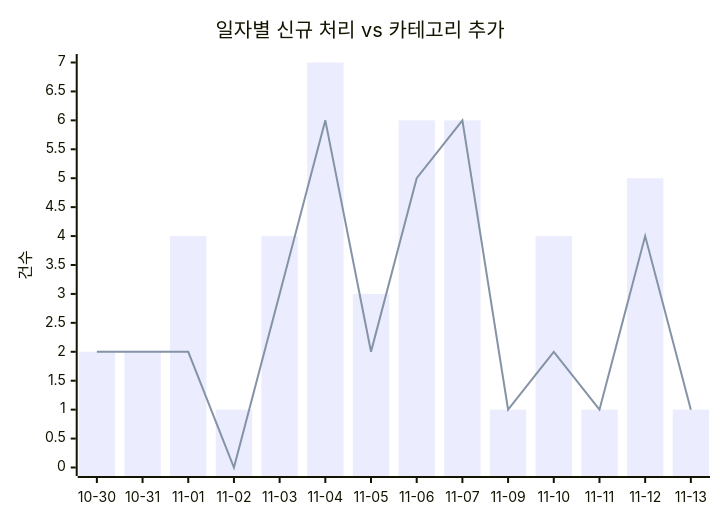
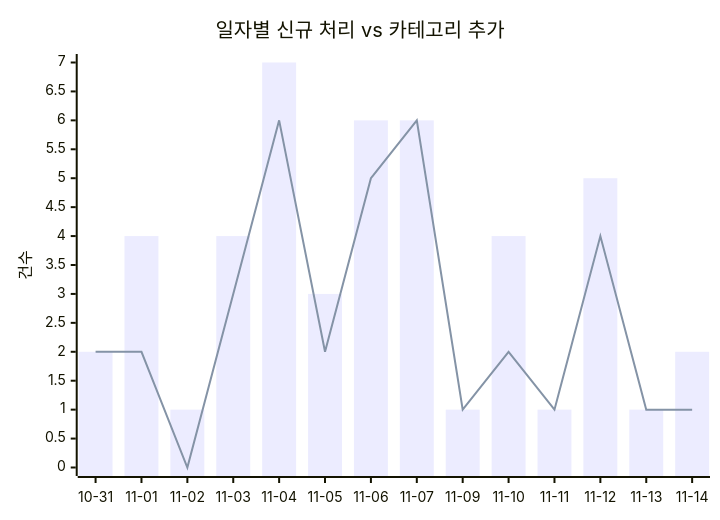
Before and after one commit to J-nowcow/awesome-korean-agent-skills: the first of 2 diagrams in docs/trends.md, drawn with Mermaid. The commit also changed other lines of this file and 27 other files, not shown here.

````diff
--- a/docs/trends.md
+++ b/docs/trends.md
@@ -32,8 +32,8 @@
 ```mermaid
 xychart-beta
     title "일자별 신규 처리 vs 카테고리 추가"
-    x-axis ["10-30","10-31","11-01","11-02","11-03","11-04","11-05","11-06","11-07","11-09","11-10","11-11","11-12","11-13"]
+    x-axis ["10-31","11-01","11-02","11-03","11-04","11-05","11-06","11-07","11-09","11-10","11-11","11-12","11-13","11-14"]
     y-axis "건수"
-    bar [2,2,4,1,4,7,3,6,6,1,4,1,5,1]
-    line [2,2,2,0,3,6,2,5,6,1,2,1,4,1]
+    bar [2,4,1,4,7,3,6,6,1,4,1,5,1,2]
+    line [2,2,0,3,6,2,5,6,1,2,1,4,1,1]
 ```
````
